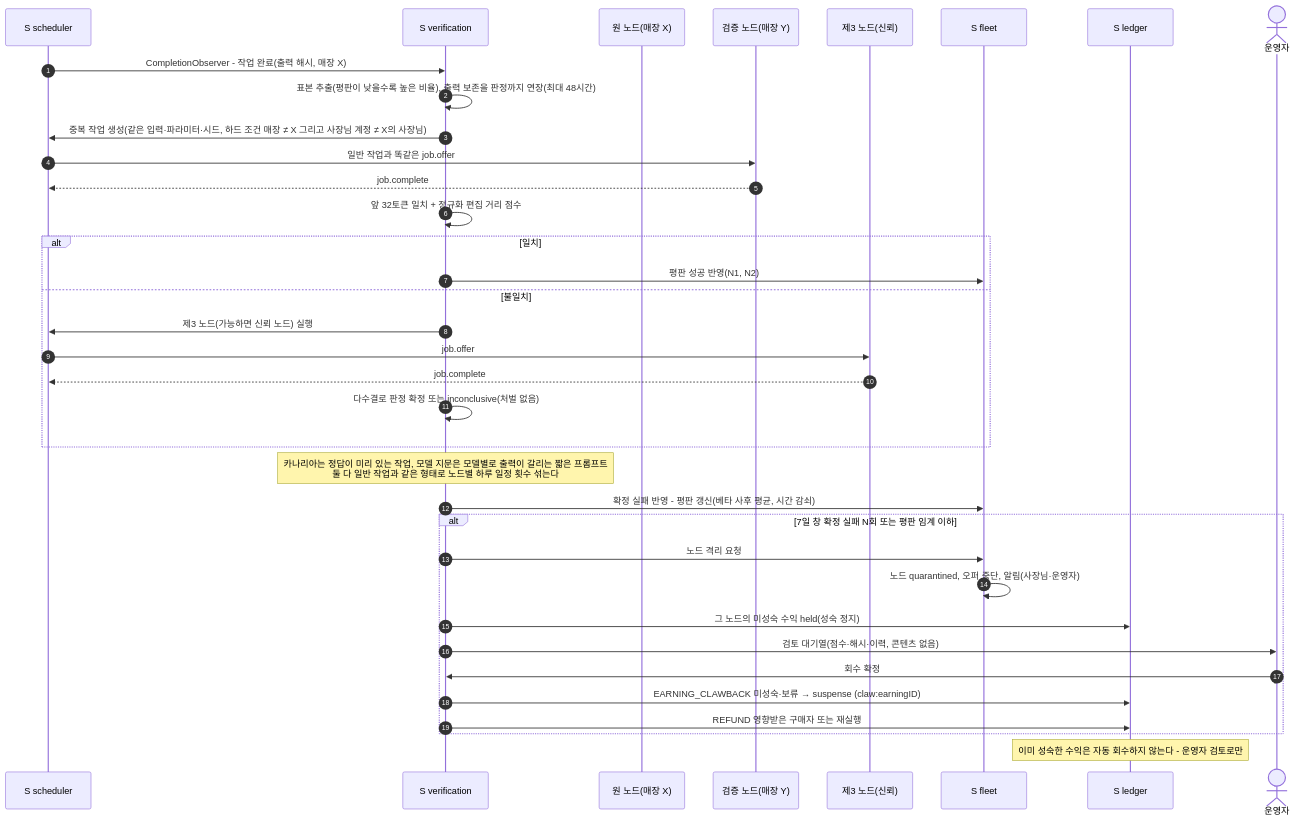
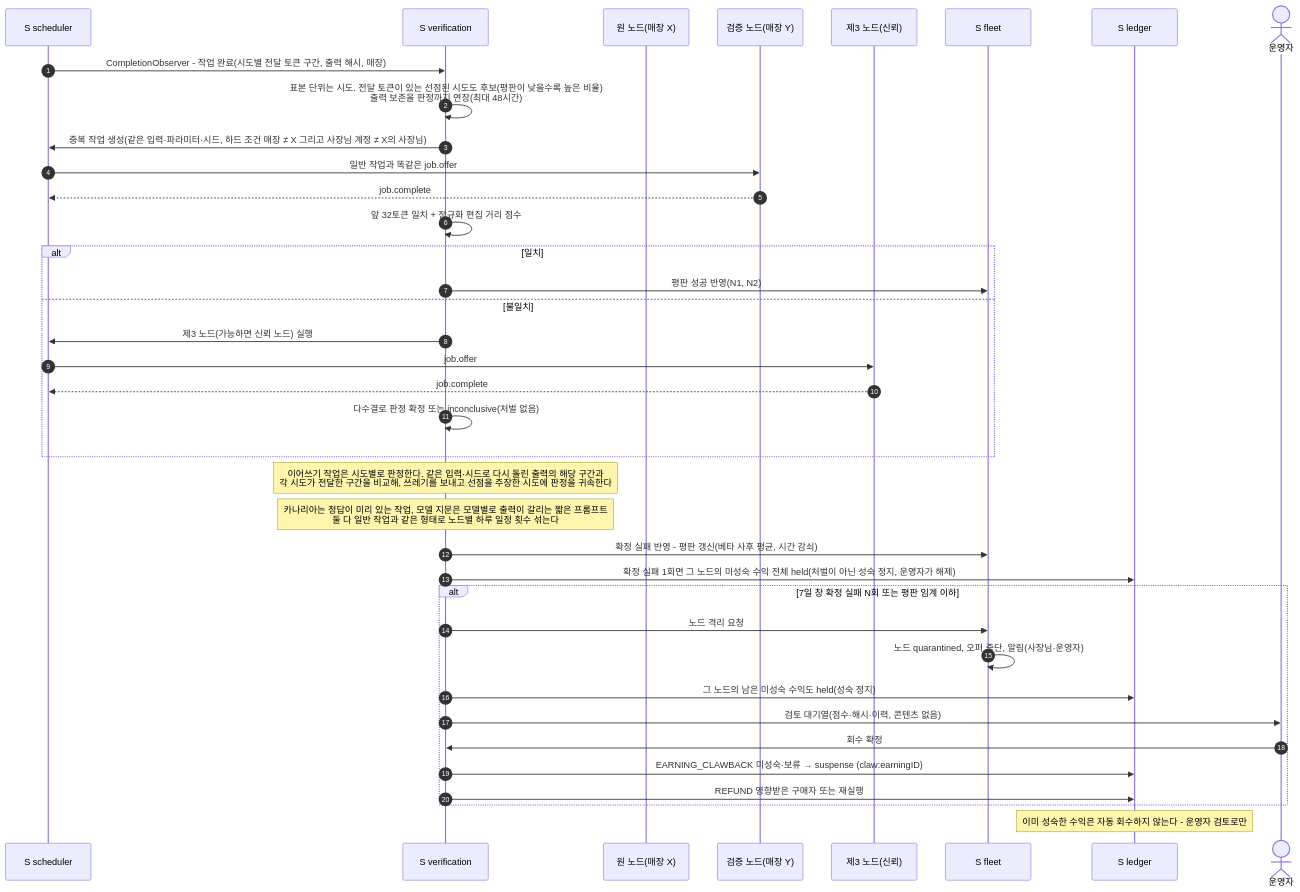
Before and after one commit to songhojin0525/spareon: the tenth of 23 diagrams in docs/ARCHITECTURE.md, drawn with Mermaid. The commit also changed other lines of this file and 15 other files, not shown here.

````diff
--- a/docs/ARCHITECTURE.md
+++ b/docs/ARCHITECTURE.md
@@ -450,38 +457,40 @@
 ```mermaid
 sequenceDiagram
   autonumber
   participant SC as S scheduler
   participant V as S verification
   participant N1 as 원 노드(매장 X)
   participant N2 as 검증 노드(매장 Y)
   participant N3 as 제3 노드(신뢰)
   participant F as S fleet
   participant L as S ledger
   actor OP as 운영자
-  SC->>V: CompletionObserver - 작업 완료(출력 해시, 매장 X)
-  V->>V: 표본 추출(평판이 낮을수록 높은 비율), 출력 보존을 판정까지 연장(최대 48시간)
+  SC->>V: CompletionObserver - 작업 완료(시도별 전달 토큰 구간, 출력 해시, 매장)
+  V->>V: 표본 단위는 시도. 전달 토큰이 있는 선점된 시도도 후보(평판이 낮을수록 높은 비율)<br/>출력 보존을 판정까지 연장(최대 48시간)
   V->>SC: 중복 작업 생성(같은 입력·파라미터·시드, 하드 조건 매장 ≠ X 그리고 사장님 계정 ≠ X의 사장님)
   SC->>N2: 일반 작업과 똑같은 job.offer
   N2-->>SC: job.complete
   V->>V: 앞 32토큰 일치 + 정규화 편집 거리 점수
   alt 일치
     V->>F: 평판 성공 반영(N1, N2)
   else 불일치
     V->>SC: 제3 노드(가능하면 신뢰 노드) 실행
     SC->>N3: job.offer
     N3-->>SC: job.complete
     V->>V: 다수결로 판정 확정 또는 inconclusive(처벌 없음)
   end
+  Note over V: 이어쓰기 작업은 시도별로 판정한다. 같은 입력·시드로 다시 돌린 출력의 해당 구간과<br/>각 시도가 전달한 구간을 비교해, 쓰레기를 보내고 선점을 주장한 시도에 판정을 귀속한다
   Note over V: 카나리아는 정답이 미리 있는 작업, 모델 지문은 모델별로 출력이 갈리는 짧은 프롬프트<br/>둘 다 일반 작업과 같은 형태로 노드별 하루 일정 횟수 섞는다
   V->>F: 확정 실패 반영 - 평판 갱신(베타 사후 평균, 시간 감쇠)
+  V->>L: 확정 실패 1회면 그 노드의 미성숙 수익 전체 held(처벌이 아닌 성숙 정지, 운영자가 해제)
   alt 7일 창 확정 실패 N회 또는 평판 임계 이하
     V->>F: 노드 격리 요청
     F->>F: 노드 quarantined, 오퍼 중단, 알림(사장님·운영자)
-    V->>L: 그 노드의 미성숙 수익 held(성숙 정지)
+    V->>L: 그 노드의 남은 미성숙 수익도 held(성숙 정지)
     V->>OP: 검토 대기열(점수·해시·이력, 콘텐츠 없음)
     OP->>V: 회수 확정
     V->>L: EARNING_CLAWBACK 미성숙·보류 → suspense (claw:earningID)
     V->>L: REFUND 영향받은 구매자 또는 재실행
   end
   Note over L: 이미 성숙한 수익은 자동 회수하지 않는다 - 운영자 검토로만
 ```
````
